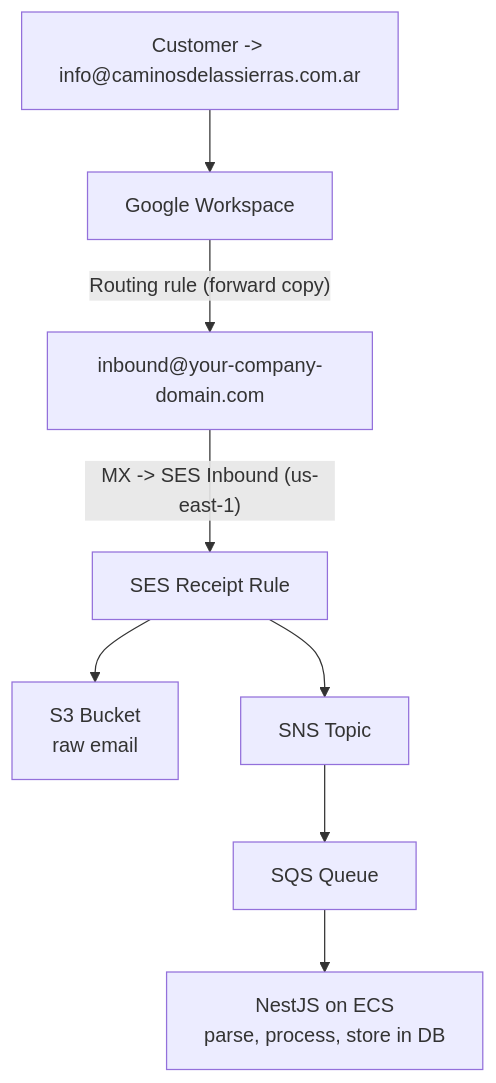
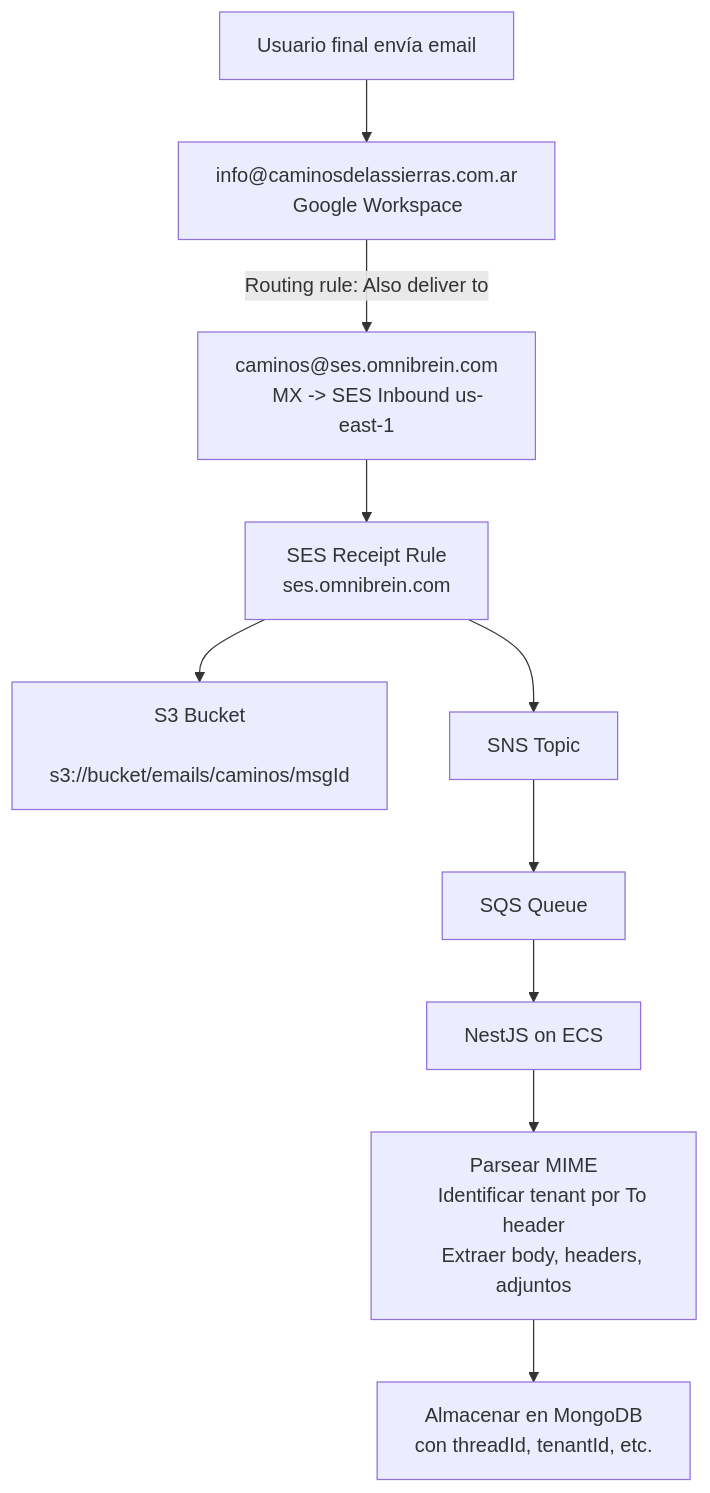
Before and after one commit to diego-serrano-kenility/omni-mail-channel-research: the fifth of 6 diagrams in findings-amazon-ses.md, drawn with Mermaid. The commit also changed other lines of this file and 8 other files, not shown here.

````diff
--- a/findings-amazon-ses.md
+++ b/findings-amazon-ses.md
@@ -587,10 +682,19 @@
 ```mermaid
 flowchart TD
-    Customer["Customer -> info@caminosdelassierras.com.ar"] --> GW["Google Workspace"]
-    GW -->|"Routing rule (forward copy)"| Inbound["inbound@your-company-domain.com"]
-    Inbound -->|"MX -> SES Inbound (us-east-1)"| RR["SES Receipt Rule"]
-    RR --> S3["S3 Bucket<br/>raw email"]
+    UserFinal["Usuario final envía email"] --> TenantBox["info@caminosdelassierras.com.ar
+    Google Workspace"]
+    TenantBox -->|"Routing rule: Also deliver to"| SESIn["caminos@ses.omnibrein.com
+    MX -> SES Inbound us-east-1"]
+    SESIn --> RR["SES Receipt Rule
+    ses.omnibrein.com"]
+    RR --> S3["S3 Bucket
+    s3://bucket/emails/caminos/msgId"]
     RR --> SNS["SNS Topic"]
     SNS --> SQS["SQS Queue"]
-    SQS --> NestJS["NestJS on ECS<br/>parse, process, store in DB"]
+    SQS --> NestJS["NestJS on ECS"]
+    NestJS --> Parse["Parsear MIME
+    Identificar tenant por To header
+    Extraer body, headers, adjuntos"]
+    Parse --> DB["Almacenar en MongoDB
+    con threadId, tenantId, etc."]
 ```
````
